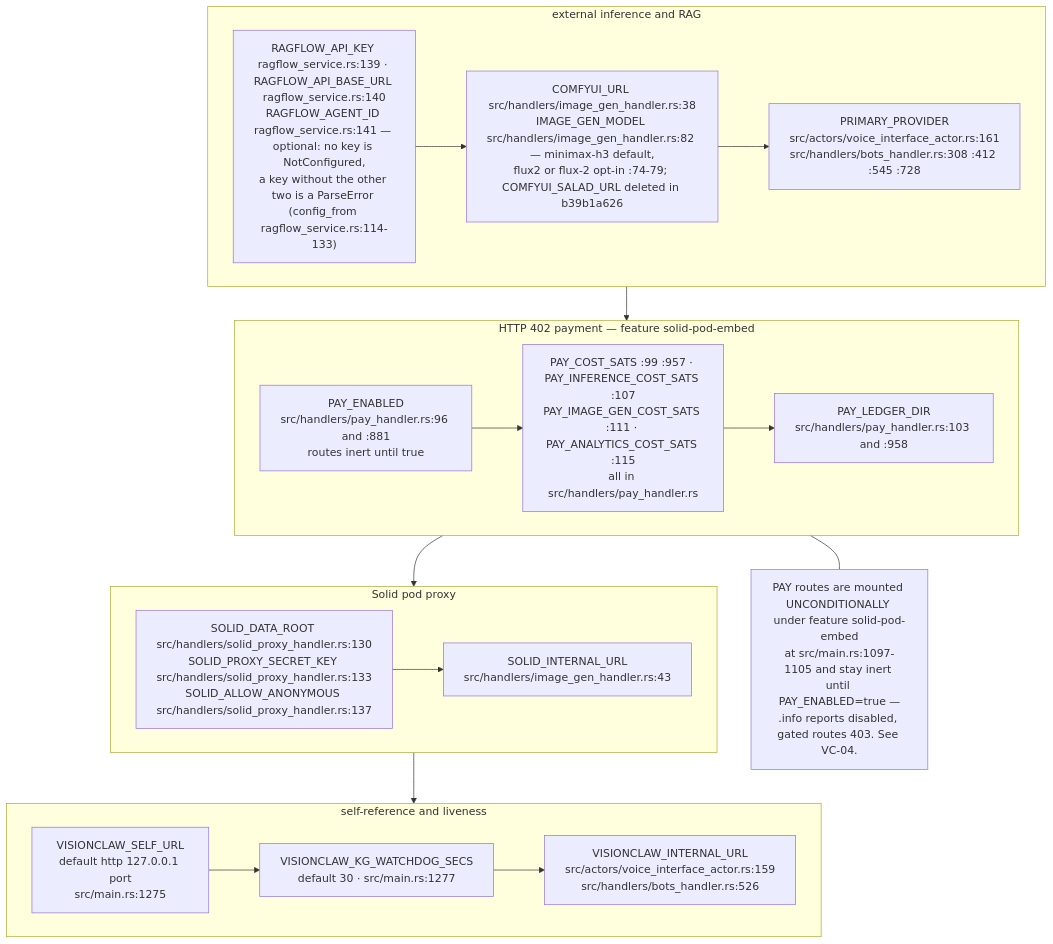
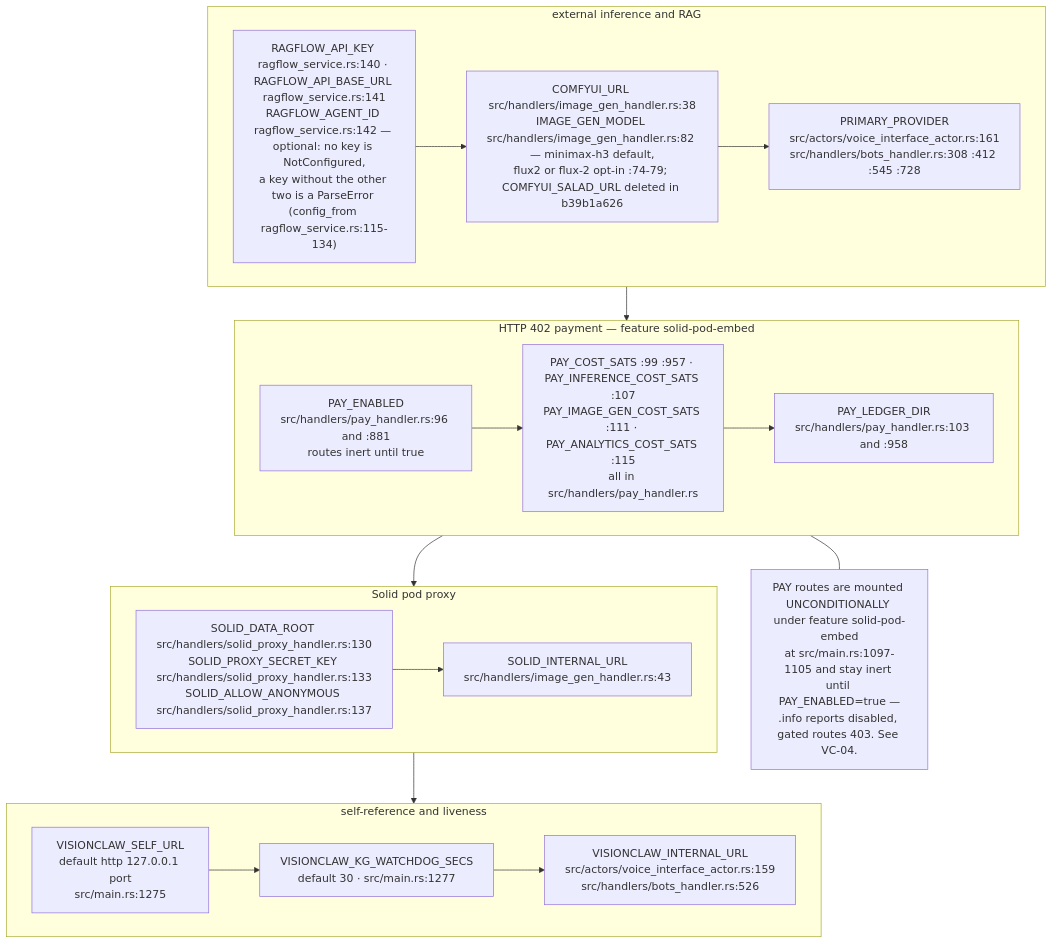
Diagram 13 of 16 in docs/diagrams/visionclaw/09-config-and-env-flags.md (DreamLab-AI/VisionFlow), drawn with Mermaid before and after one commit. The commit also changed other lines of this file and 151 other files, not shown here.

````diff
--- a/docs/diagrams/visionclaw/09-config-and-env-flags.md
+++ b/docs/diagrams/visionclaw/09-config-and-env-flags.md
@@ -501,18 +501,18 @@
 ```mermaid
 flowchart TB
     subgraph EXT["external inference and RAG"]
-        X1["RAGFLOW_API_KEY ragflow_service.rs:139 · RAGFLOW_API_BASE_URL ragflow_service.rs:140<br/>RAGFLOW_AGENT_ID ragflow_service.rs:141 — optional: no key is NotConfigured,<br/>a key without the other two is a ParseError (config_from ragflow_service.rs:114-133)"] --> X2["COMFYUI_URL src/handlers/image_gen_handler.rs:38<br/>IMAGE_GEN_MODEL src/handlers/image_gen_handler.rs:82 — minimax-h3 default,<br/>flux2 or flux-2 opt-in :74-79; COMFYUI_SALAD_URL deleted in b39b1a626"] --> X3["PRIMARY_PROVIDER<br/>src/actors/voice_interface_actor.rs:161<br/>src/handlers/bots_handler.rs:308 :412 :545 :728"]
+        X1["RAGFLOW_API_KEY ragflow_service.rs:140 · RAGFLOW_API_BASE_URL ragflow_service.rs:141<br/>RAGFLOW_AGENT_ID ragflow_service.rs:142 — optional: no key is NotConfigured,<br/>a key without the other two is a ParseError (config_from ragflow_service.rs:115-134)"] --> X2["COMFYUI_URL src/handlers/image_gen_handler.rs:38<br/>IMAGE_GEN_MODEL src/handlers/image_gen_handler.rs:82 — minimax-h3 default,<br/>flux2 or flux-2 opt-in :74-79; COMFYUI_SALAD_URL deleted in b39b1a626"] --> X3["PRIMARY_PROVIDER<br/>src/actors/voice_interface_actor.rs:161<br/>src/handlers/bots_handler.rs:308 :412 :545 :728"]
     end
     subgraph PAY["HTTP 402 payment — feature solid-pod-embed"]
         P1["PAY_ENABLED<br/>src/handlers/pay_handler.rs:96 and :881<br/>routes inert until true"] --> P2["PAY_COST_SATS :99 :957 · PAY_INFERENCE_COST_SATS :107<br/>PAY_IMAGE_GEN_COST_SATS :111 · PAY_ANALYTICS_COST_SATS :115<br/>all in src/handlers/pay_handler.rs"] --> P3["PAY_LEDGER_DIR<br/>src/handlers/pay_handler.rs:103 and :958"]
     end
     subgraph SOLID["Solid pod proxy"]
         O1["SOLID_DATA_ROOT src/handlers/solid_proxy_handler.rs:130<br/>SOLID_PROXY_SECRET_KEY src/handlers/solid_proxy_handler.rs:133<br/>SOLID_ALLOW_ANONYMOUS src/handlers/solid_proxy_handler.rs:137"] --> O2["SOLID_INTERNAL_URL<br/>src/handlers/image_gen_handler.rs:43"]
     end
     subgraph SELF["self-reference and liveness"]
         F1["VISIONCLAW_SELF_URL<br/>default http 127.0.0.1 port<br/>src/main.rs:1275"] --> F2["VISIONCLAW_KG_WATCHDOG_SECS<br/>default 30 · src/main.rs:1277"] --> F3["VISIONCLAW_INTERNAL_URL<br/>src/actors/voice_interface_actor.rs:159<br/>src/handlers/bots_handler.rs:526"]
     end
     EXT --> PAY --> SOLID --> SELF
     N5["PAY routes are mounted UNCONDITIONALLY under feature solid-pod-embed<br/>at src/main.rs:1097-1105 and stay inert until PAY_ENABLED=true —<br/>.info reports disabled, gated routes 403. See VC-04."]
     PAY --- N5
 ```
````
